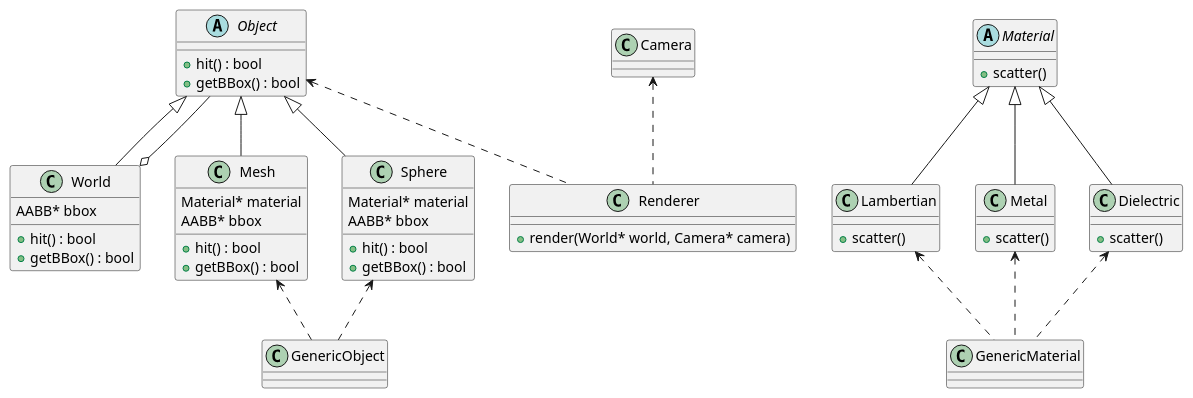
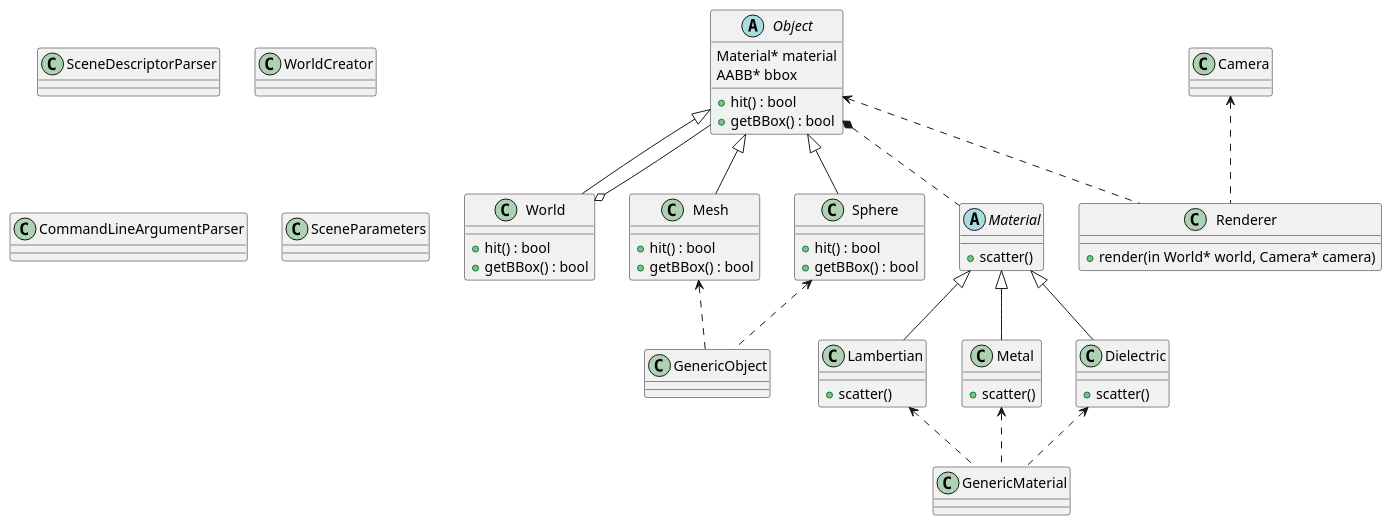
One commit to grzegorz-k-karch/raytracing changed the diagram in figures/figures.md. Above: the diagram before and after it, drawn with PlantUML. The commit also changed 11 other files, not shown here.

```diff
--- a/figures/figures.md
+++ b/figures/figures.md
@@ -1,68 +1,74 @@
 @startuml
 abstract Object {
  +hit() : bool
  +getBBox() : bool
+ Material* material 
+ AABB* bbox
 }
 class World {
  +hit() : bool
  +getBBox() : bool
- AABB* bbox
 }
 class Mesh{
  +hit() : bool
  +getBBox() : bool 
- Material* material
- AABB* bbox 
 }
 class Sphere{
  +hit() : bool
  +getBBox() : bool 
- Material* material
- AABB* bbox 
 }
 
 World o-- Object
 Object <|-- World
 Object <|-- Mesh
 Object <|-- Sphere
 
 abstract Material {
  +scatter()
 }
 class Lambertian {
  +scatter()
 }
 class Metal {
  +scatter()
 }
 class Dielectric {
  +scatter()
 }
 
 Material <|-- Lambertian
 Material <|-- Metal
 Material <|-- Dielectric
 
+Object *.. Material
+
 class GenericObject
 
 Mesh <.. GenericObject
 Sphere <.. GenericObject
-
 
 class GenericMaterial
 
 Lambertian <.. GenericMaterial
 Metal <.. GenericMaterial
 Dielectric <.. GenericMaterial
 
 class Renderer {
- +render(World* world, Camera* camera)
+ +render(in World* world, Camera* camera)
 }
 
 Object <.. Renderer
 
 class Camera
 
 Camera <.. Renderer
 
+class SceneDescriptorParser
+
+class WorldCreator
+
+class CommandLineArgumentParser
+
+class SceneParameters
+
 @enduml
```
